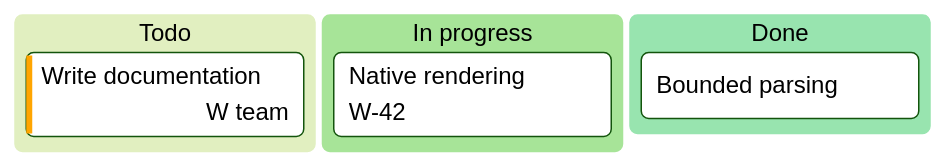
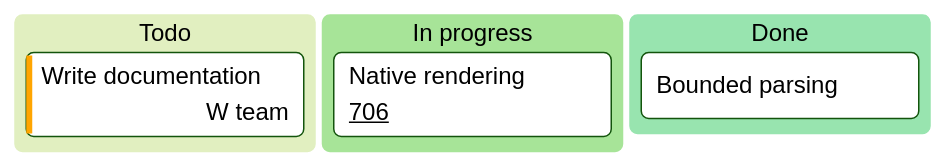
Before and after one commit to reardan/w: the diagram in examples/mermaid/kanban.mmd, drawn with Mermaid (forest theme). The commit also changed 11 other files, not shown here.

First line of the commit message:
mermaid: block shapes, block arrows and styles; treemap classes; docs

```diff
--- a/examples/mermaid/kanban.mmd
+++ b/examples/mermaid/kanban.mmd
@@ -1,7 +1,12 @@
+---
+config:
+  kanban:
+    ticketBaseUrl: 'https://github.com/reardan/w/issues/#TICKET#'
+---
 kanban
   todo[Todo]
     docs[Write documentation]@{ assigned: 'W team', priority: 'High' }
   progress[In progress]
-    renderer[Native rendering]@{ ticket: W-42 }
+    renderer[Native rendering]@{ ticket: 706 }
   done[Done]
     parser[Bounded parsing]
```
